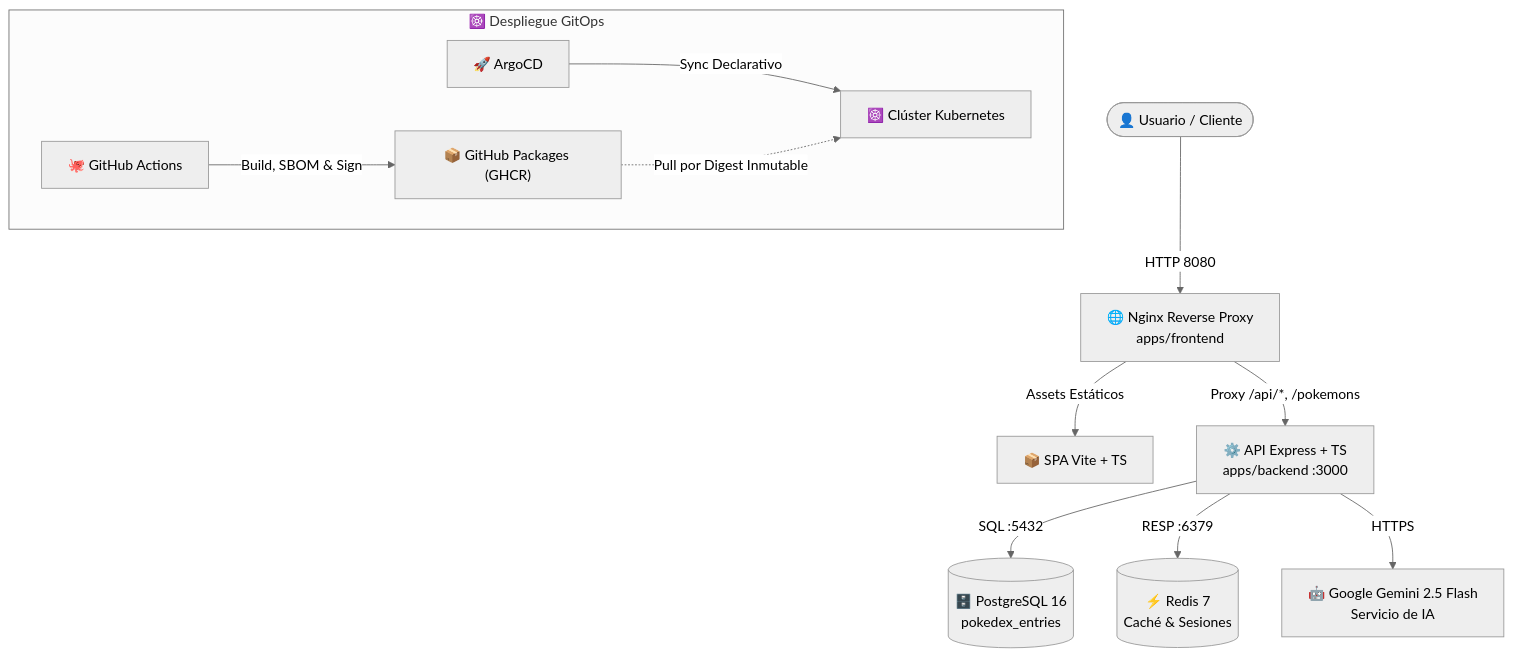
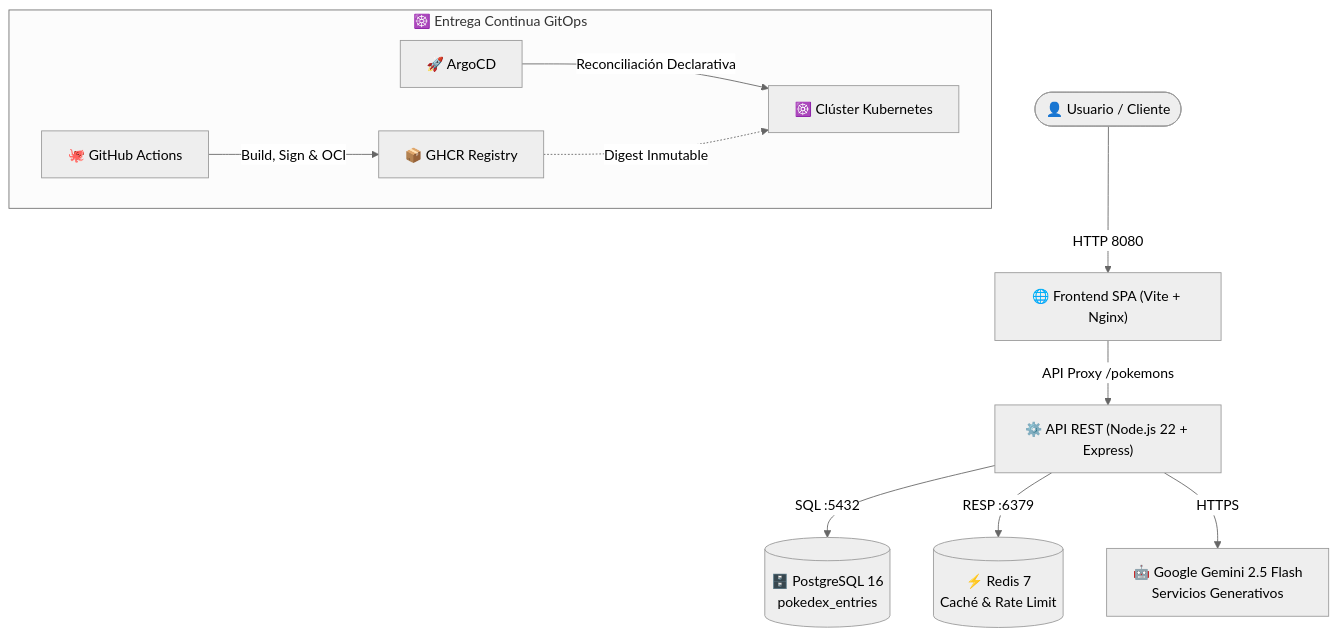
One commit to rocapellino/pokedex changed the diagram in README.md. Above: the diagram before and after it, drawn with Mermaid (neutral theme). The commit also changed other lines of this file and 2 other files, not shown here.

````diff
--- a/README.md
+++ b/README.md
@@ -77,16 +53,14 @@
 ```mermaid
 flowchart TD
-    User(["👤 Usuario / Cliente"]) -->|HTTP 8080| Proxy["🌐 Nginx Reverse Proxy\napps/frontend"]
-    Proxy -->|Assets Estáticos| Web["📦 SPA Vite + TS"]
-    Proxy -->|Proxy /api/*, /pokemons| API["⚙️ API Express + TS\napps/backend :3000"]
-    
+    Client(["👤 Usuario / Cliente"]) -->|HTTP 8080| Web["🌐 Frontend SPA (Vite + Nginx)"]
+    Web -->|API Proxy /pokemons| API["⚙️ API REST (Node.js 22 + Express)"]
     API -->|SQL :5432| DB[("🗄️ PostgreSQL 16\npokedex_entries")]
-    API -->|RESP :6379| Cache[("⚡ Redis 7\nCaché & Sesiones")]
-    API -->|HTTPS| AI["🤖 Google Gemini 2.5 Flash\nServicio de IA"]
+    API -->|RESP :6379| Cache[("⚡ Redis 7\nCaché & Rate Limit")]
+    API -->|HTTPS| AI["🤖 Google Gemini 2.5 Flash\nServicios Generativos"]
 
-    subgraph GitOps_Flow ["☸️ Despliegue GitOps"]
-        GH["🐙 GitHub Actions"] -->|Build, SBOM & Sign| OCI["📦 GitHub Packages (GHCR)"]
-        Argo["🚀 ArgoCD"] -->|Sync Declarativo| K8s["☸️ Clúster Kubernetes"]
-        OCI -.->|Pull por Digest Inmutable| K8s
+    subgraph GitOps_Flow ["☸️ Entrega Continua GitOps"]
+        GHA["🐙 GitHub Actions"] -->|Build, Sign & OCI| GHCR["📦 GHCR Registry"]
+        Argo["🚀 ArgoCD"] -->|Reconciliación Declarativa| K8s["☸️ Clúster Kubernetes"]
+        GHCR -.->|Digest Inmutable| K8s
     end
 ```
````
